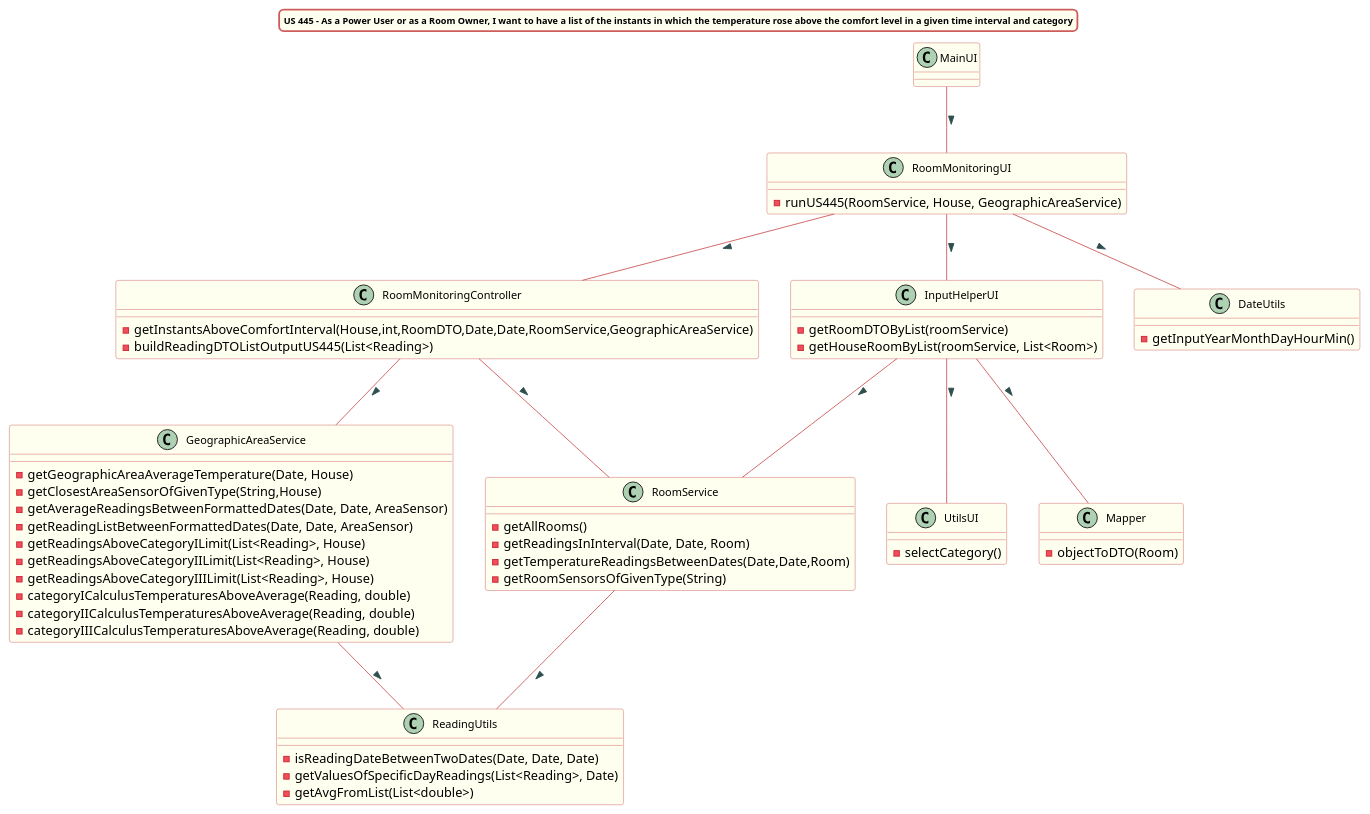
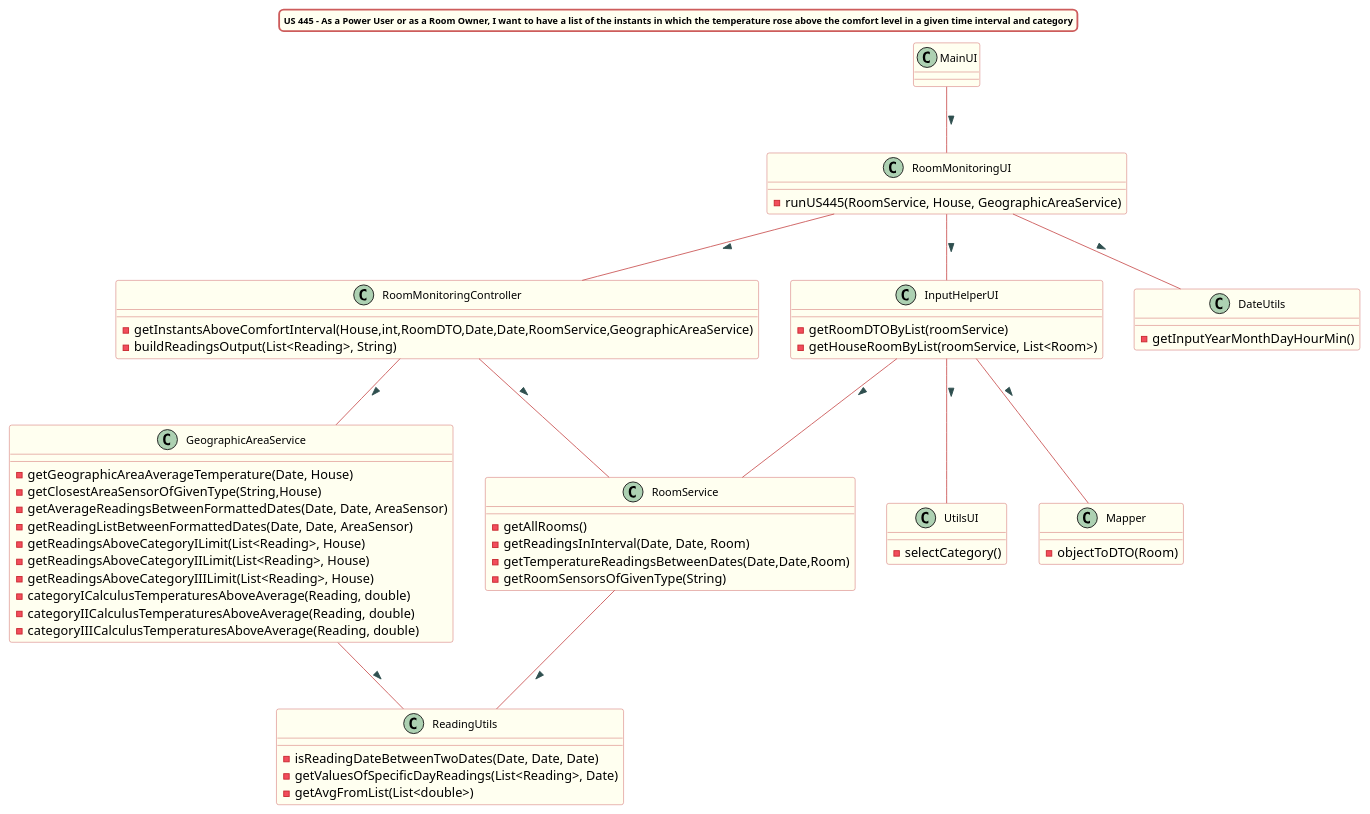
One commit to Almadanmp/project changed the diagram in src/doc/Controllers/RoomMonitoring/US445/US445_cd_RoomMonitoring.puml. Above: the diagram before and after it, drawn with PlantUML. The commit also changed 1 other file, not shown here.

Commit message:
REF #259 - Fix Class Diagrams according to new buildString method

```diff
--- a/src/doc/Controllers/RoomMonitoring/US445/US445_cd_RoomMonitoring.puml
+++ b/src/doc/Controllers/RoomMonitoring/US445/US445_cd_RoomMonitoring.puml
@@ -1,100 +1,100 @@
 @startuml
 
 title US 445 - As a Power User or as a Room Owner, I want to have a list of the instants in which the temperature rose above the comfort level in a given time interval and category
 skinparam titleBorderRoundCorner 10
 skinparam titleBorderThickness 2
 skinparam titleBorderColor indianred
 skinparam titleBackgroundColor ivory
 skinparam FontName verdana
 skinparam titleFontSize 10
 
 
 skinparam class {
   BorderColor indianred
   BackgroundColor indianred
   BackgroundColor ivory
    roundcorner 10
    ArrowFontName Verdana
    ArrowColor indianred
    ArrowFontColor darkslategrey
    FontSize 12
 }
 
 class RoomMonitoringController
 class RoomMonitoringUI
 class Mapper
 class RoomService
 class GeographicAreaService
 class DateUtils
 class InputHelperUI
 class UtilsUI
 
 
 MainUI -- RoomMonitoringUI : >
 RoomMonitoringUI -- DateUtils : >
 RoomMonitoringUI -- InputHelperUI : >
 InputHelperUI -- RoomService : >
 InputHelperUI -- Mapper : >
 InputHelperUI -- UtilsUI : >
 RoomMonitoringUI -- RoomMonitoringController : >
 RoomMonitoringController -- RoomService : >
 RoomService -- ReadingUtils : >
 RoomMonitoringController -- GeographicAreaService : >
 GeographicAreaService -- ReadingUtils : >
 
 
 
 class RoomMonitoringController {
 -getInstantsAboveComfortInterval(House,int,RoomDTO,Date,Date,RoomService,GeographicAreaService)
--buildReadingDTOListOutputUS445(List<Reading>)
+-buildReadingsOutput(List<Reading>, String)
 }
 
 class RoomMonitoringUI {
 -runUS445(RoomService, House, GeographicAreaService)
 }
 
 class Mapper {
 -objectToDTO(Room)
 }
 
 class RoomService{
 -getAllRooms()
 -getReadingsInInterval(Date, Date, Room)
 -getTemperatureReadingsBetweenDates(Date,Date,Room)
 -getRoomSensorsOfGivenType(String)
 }
 
 class GeographicAreaService{
 -getGeographicAreaAverageTemperature(Date, House)
 -getClosestAreaSensorOfGivenType(String,House)
 -getAverageReadingsBetweenFormattedDates(Date, Date, AreaSensor)
 -getReadingListBetweenFormattedDates(Date, Date, AreaSensor)
 -getReadingsAboveCategoryILimit(List<Reading>, House)
 -getReadingsAboveCategoryIILimit(List<Reading>, House)
 -getReadingsAboveCategoryIIILimit(List<Reading>, House)
 -categoryICalculusTemperaturesAboveAverage(Reading, double)
 -categoryIICalculusTemperaturesAboveAverage(Reading, double)
 -categoryIIICalculusTemperaturesAboveAverage(Reading, double)
 }
 
 class DateUtils {
 -getInputYearMonthDayHourMin()
 }
 
 class InputHelperUI {
 -getRoomDTOByList(roomService)
 -getHouseRoomByList(roomService, List<Room>)
 }
 
 class UtilsUI {
 -selectCategory()
 }
 
 class ReadingUtils {
 -isReadingDateBetweenTwoDates(Date, Date, Date)
 -getValuesOfSpecificDayReadings(List<Reading>, Date)
 -getAvgFromList(List<double>)
 }
 
 
 @enduml
```
